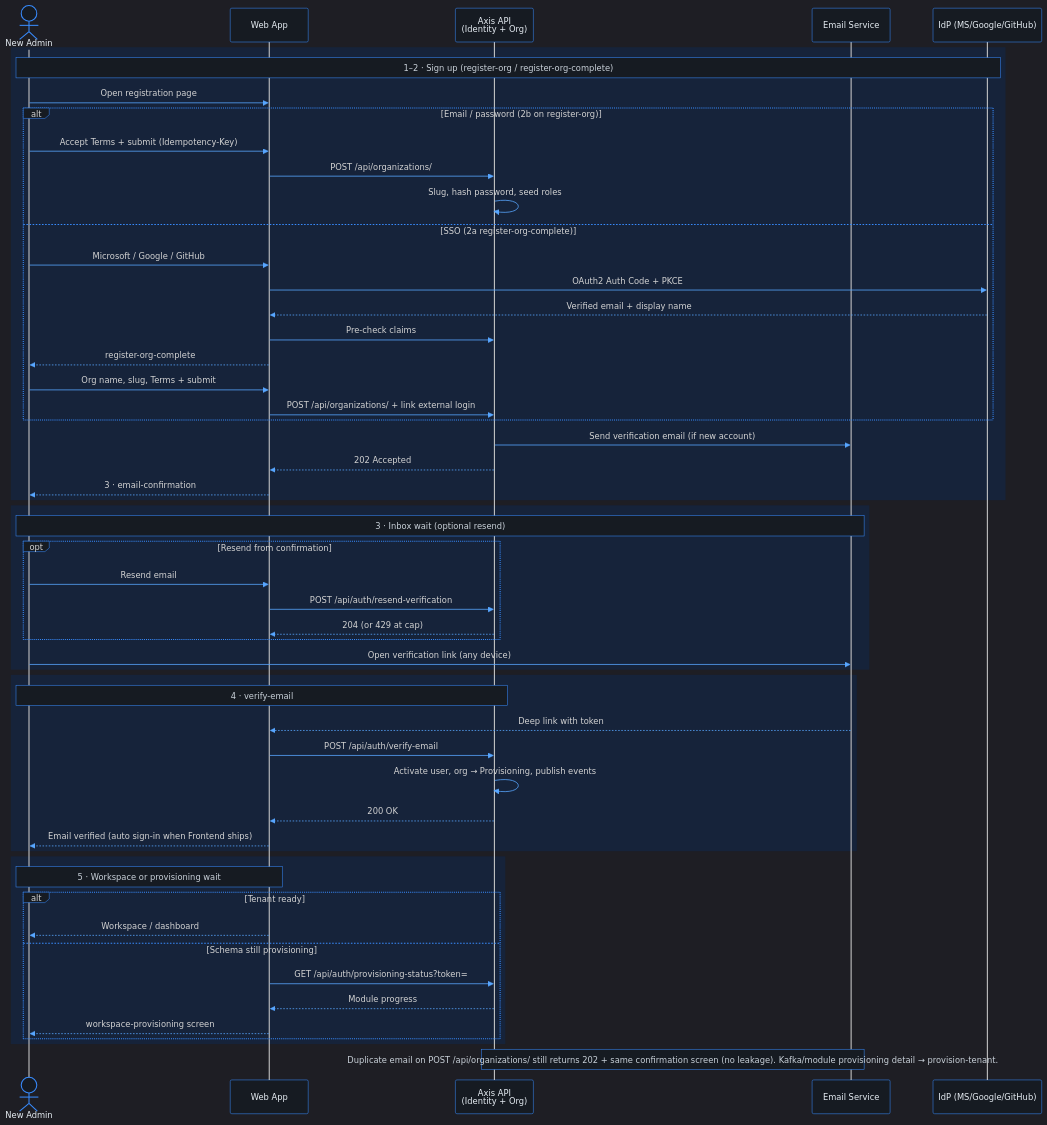
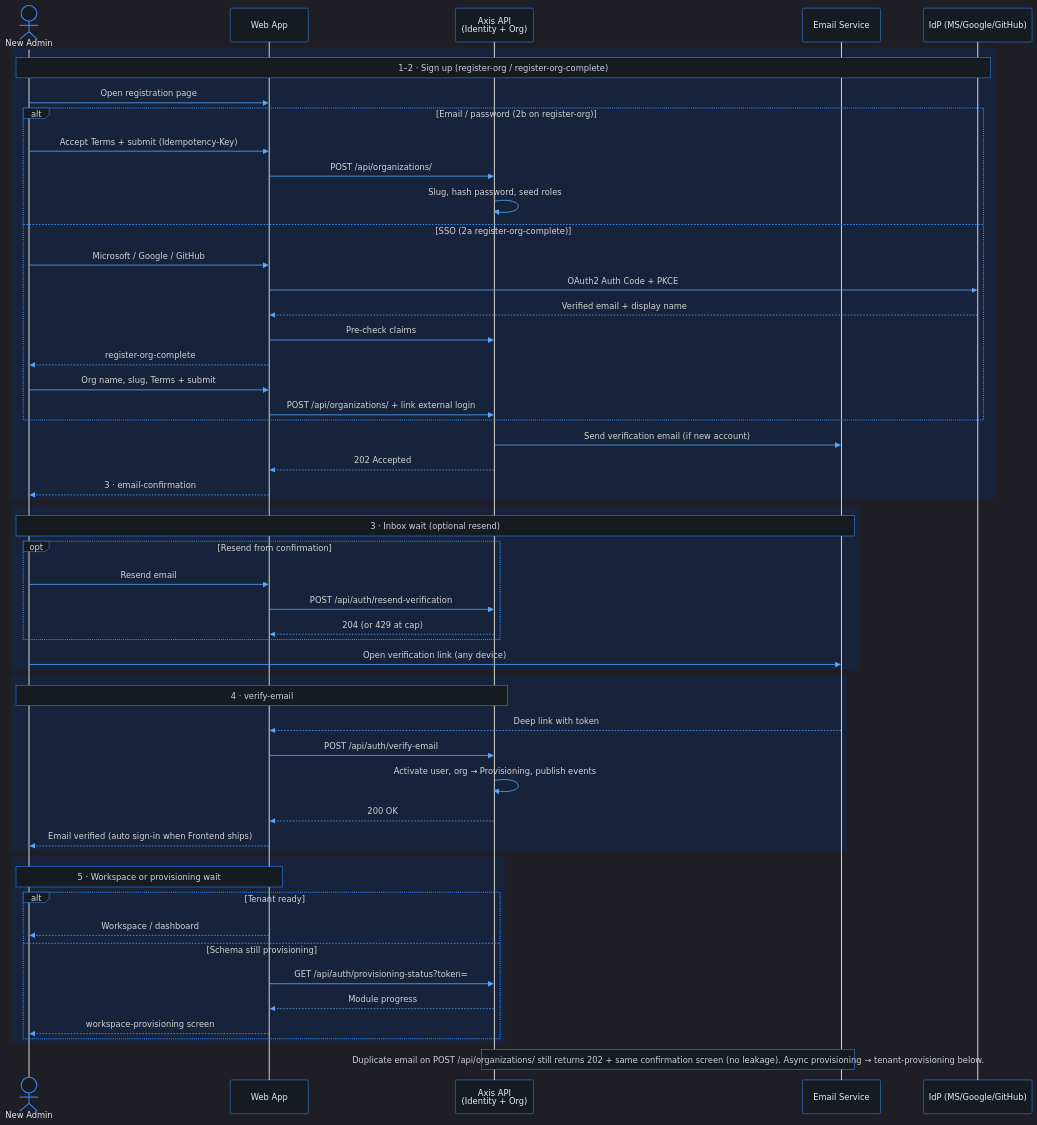
One commit to phuongnse/axis changed the second of 4 diagrams in docs/use-cases/platform-foundation/register-org/README.md. Above: the diagram before and after it, drawn with Mermaid. The commit also changed other lines of this file and 17 other files, not shown here.

First line of the commit message:
docs: merge provision-tenant into register-org, remove stale UC folders

````diff
--- a/docs/use-cases/platform-foundation/register-org/README.md
+++ b/docs/use-cases/platform-foundation/register-org/README.md
@@ -187,63 +201,63 @@
 ```mermaid
 %%{init: {'theme':'dark','themeVariables':{'background':'#0d1117','mainBkg':'#0d1117','primaryColor':'#161b22','primaryBorderColor':'#388bfd','primaryTextColor':'#e6edf3','secondaryColor':'#21262d','secondaryBorderColor':'#388bfd','secondaryTextColor':'#e6edf3','tertiaryColor':'#161b22','tertiaryTextColor':'#e6edf3','lineColor':'#58a6ff','textColor':'#e6edf3','nodeBorder':'#388bfd','clusterBkg':'#161b22','clusterBorder':'#388bfd','titleColor':'#e6edf3','edgeLabelBackground':'#161b22','actorBkg':'#161b22','actorBorder':'#388bfd','actorTextColor':'#e6edf3','signalColor':'#58a6ff','labelBoxBkgColor':'#161b22','labelBoxBorderColor':'#388bfd','noteBkgColor':'#161b22','noteBorderColor':'#388bfd','noteTextColor':'#c9d1d9','activationBkgColor':'#30363d'}}}%%
 
 sequenceDiagram
   actor Admin as New Admin
   participant Web as Web App
   participant API as Axis API<br/>(Identity + Org)
   participant Email as Email Service
   participant IdP as IdP (MS/Google/GitHub)
 
   rect rgb(22, 35, 58)
     Note over Admin,IdP: 1–2 · Sign up (register-org / register-org-complete)
     Admin->>Web: Open registration page
     alt Email / password (2b on register-org)
       Admin->>Web: Accept Terms + submit (Idempotency-Key)
       Web->>API: POST /api/organizations/
       API->>API: Slug, hash password, seed roles
     else SSO (2a register-org-complete)
       Admin->>Web: Microsoft / Google / GitHub
       Web->>IdP: OAuth2 Auth Code + PKCE
       IdP-->>Web: Verified email + display name
       Web->>API: Pre-check claims
       Web-->>Admin: register-org-complete
       Admin->>Web: Org name, slug, Terms + submit
       Web->>API: POST /api/organizations/ + link external login
     end
     API->>Email: Send verification email (if new account)
     API-->>Web: 202 Accepted
     Web-->>Admin: 3 · email-confirmation
   end
 
   rect rgb(22, 35, 58)
     Note over Admin,Email: 3 · Inbox wait (optional resend)
     opt Resend from confirmation
       Admin->>Web: Resend email
       Web->>API: POST /api/auth/resend-verification
       API-->>Web: 204 (or 429 at cap)
     end
     Admin->>Email: Open verification link (any device)
   end
 
   rect rgb(22, 35, 58)
     Note over Admin,API: 4 · verify-email
     Email-->>Web: Deep link with token
     Web->>API: POST /api/auth/verify-email
     API->>API: Activate user, org → Provisioning, publish events
     API-->>Web: 200 OK
     Web-->>Admin: Email verified (auto sign-in when Frontend ships)
   end
 
   rect rgb(22, 35, 58)
     Note over Admin,Web: 5 · Workspace or provisioning wait
     alt Tenant ready
       Web-->>Admin: Workspace / dashboard
     else Schema still provisioning
       Web->>API: GET /api/auth/provisioning-status?token=
       API-->>Web: Module progress
       Web-->>Admin: workspace-provisioning screen
     end
   end
 
-  Note over API,Email: Duplicate email on POST /api/organizations/ still returns 202 + same confirmation screen (no leakage). Kafka/module provisioning detail → provision-tenant.
+  Note over API,Email: Duplicate email on POST /api/organizations/ still returns 202 + same confirmation screen (no leakage). Async provisioning → tenant-provisioning below.
 ```
````
